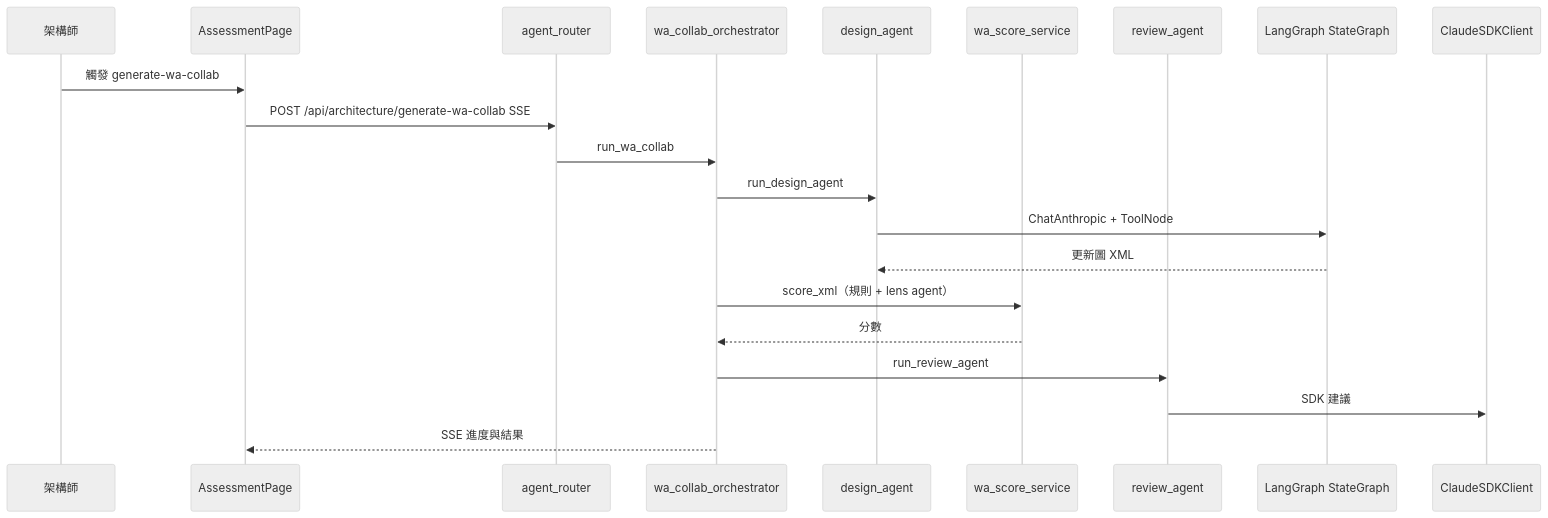
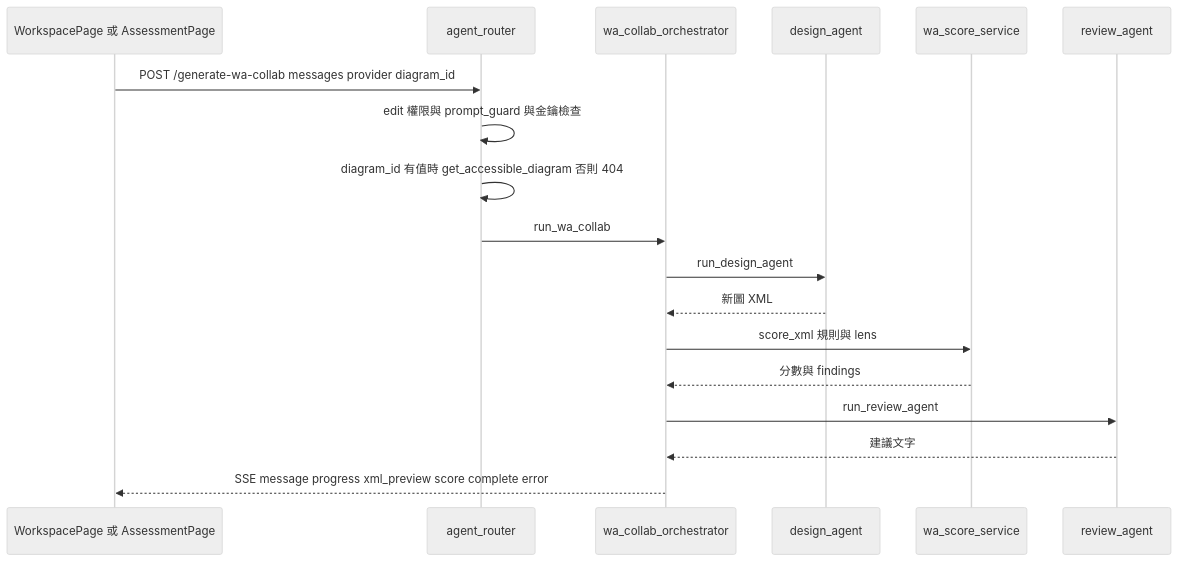
Before and after one commit to opendiamonds/cloud-360: the third of 6 diagrams in aidlc/spaces/default/codekb/cloud/architecture.md, drawn with Mermaid (neutral theme). The commit also changed other lines of this file and 249 other files, not shown here.

````diff
--- a/aidlc/spaces/default/codekb/cloud/architecture.md
+++ b/aidlc/spaces/default/codekb/cloud/architecture.md
@@ -125,24 +105,21 @@
 ```mermaid
 sequenceDiagram
-  participant U as 架構師
-  participant FE as AssessmentPage
+  participant FE as WorkspacePage 或 AssessmentPage
   participant AR as agent_router
   participant WC as wa_collab_orchestrator
   participant DA as design_agent
   participant WS as wa_score_service
   participant RA as review_agent
-  participant LG as LangGraph StateGraph
-  participant SDK as ClaudeSDKClient
 
-  U->>FE: 觸發 generate-wa-collab
-  FE->>AR: POST /api/architecture/generate-wa-collab SSE
+  FE->>AR: POST /generate-wa-collab messages provider diagram_id
+  AR->>AR: edit 權限與 prompt_guard 與金鑰檢查
+  AR->>AR: diagram_id 有值時 get_accessible_diagram 否則 404
   AR->>WC: run_wa_collab
   WC->>DA: run_design_agent
-  DA->>LG: ChatAnthropic + ToolNode
-  LG-->>DA: 更新圖 XML
-  WC->>WS: score_xml（規則 + lens agent）
-  WS-->>WC: 分數
+  DA-->>WC: 新圖 XML
+  WC->>WS: score_xml 規則與 lens
+  WS-->>WC: 分數與 findings
   WC->>RA: run_review_agent
-  RA->>SDK: SDK 建議
-  WC-->>FE: SSE 進度與結果
+  RA-->>WC: 建議文字
+  WC-->>FE: SSE message progress xml_preview score complete error
 ```
````
